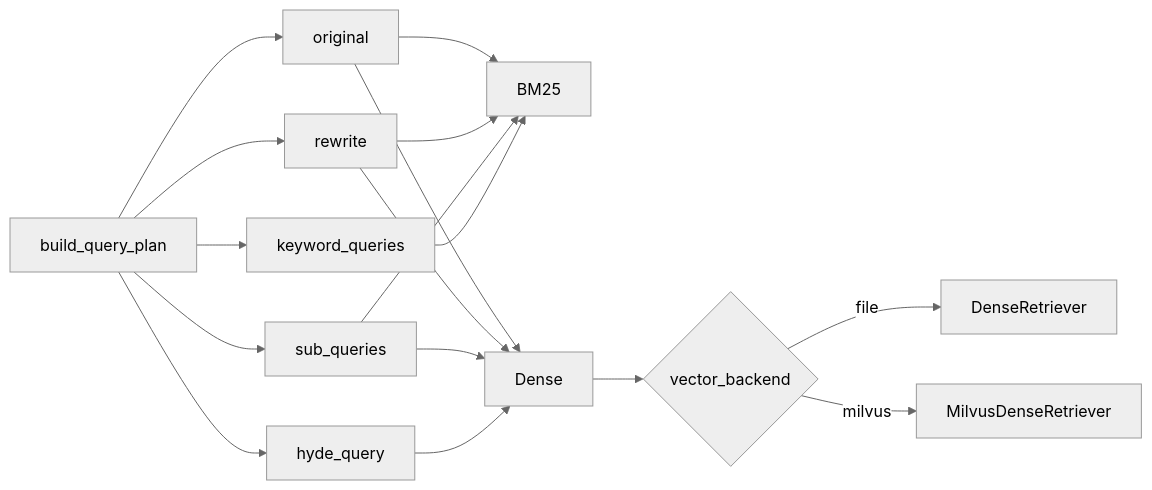
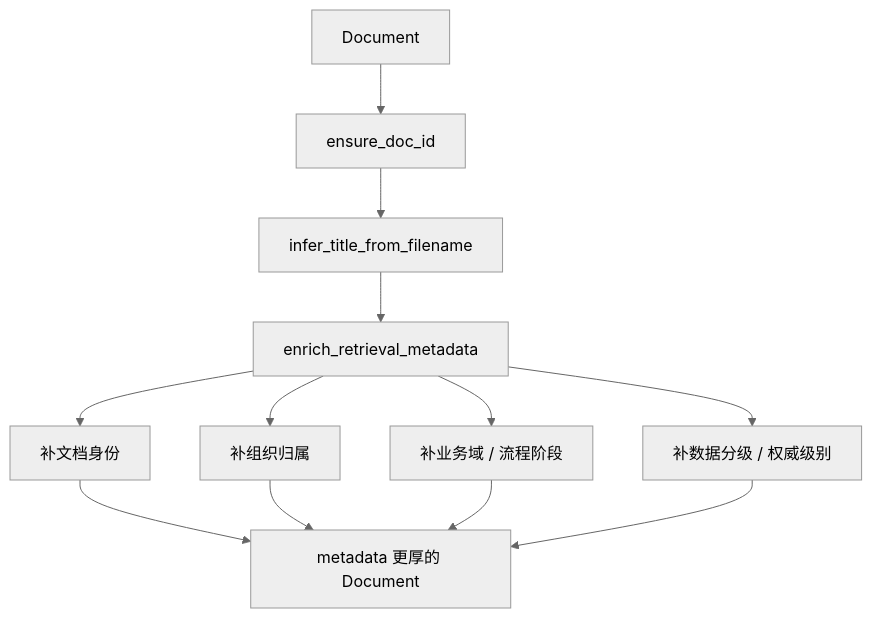
The tenth of 26 diagrams in 功能链路详解.md (zhangzhijin1018/enterprise-rag-platform-v1), drawn with Mermaid (neutral theme) before and after one commit. The commit also changed other lines of this file and 163 other files, not shown here.

````diff
--- a/功能链路详解.md
+++ b/功能链路详解.md
@@ -671,19 +1412,14 @@
 ```mermaid
-flowchart LR
-    A["build_query_plan"] --> B["original"]
-    A --> C["rewrite"]
-    A --> D["sub_queries"]
-    A --> E["keyword_queries"]
-    A --> F["hyde_query"]
-    B --> G["BM25"]
-    B --> H["Dense"]
-    C --> G
-    C --> H
-    D --> G
-    D --> H
-    E --> G
-    F --> H
-    H --> I{"vector_backend"}
-    I -- file --> J["DenseRetriever"]
-    I -- milvus --> K["MilvusDenseRetriever"]
+flowchart TD
+    A["Document"] --> B["ensure_doc_id"]
+    B --> C["infer_title_from_filename"]
+    C --> D["enrich_retrieval_metadata"]
+    D --> E["补文档身份"]
+    D --> F["补组织归属"]
+    D --> G["补业务域 / 流程阶段"]
+    D --> H["补数据分级 / 权威级别"]
+    E --> I["metadata 更厚的 Document"]
+    F --> I
+    G --> I
+    H --> I
 ```
````
